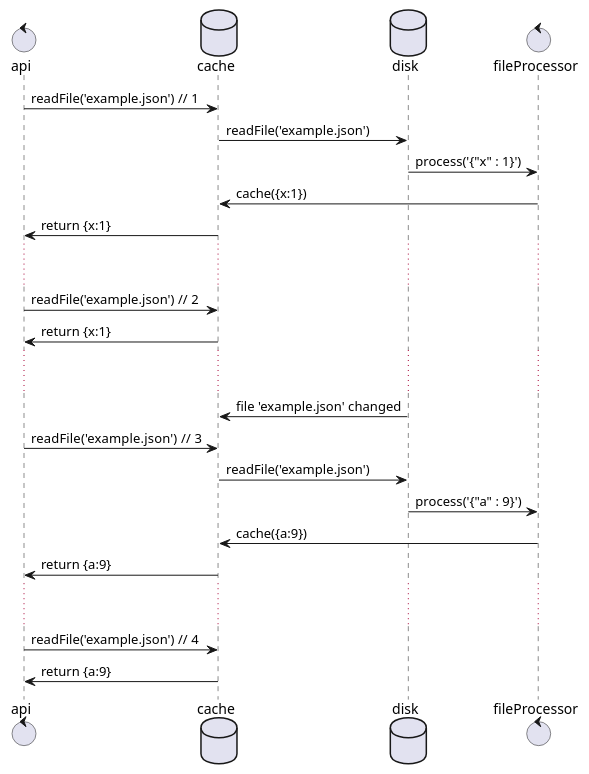
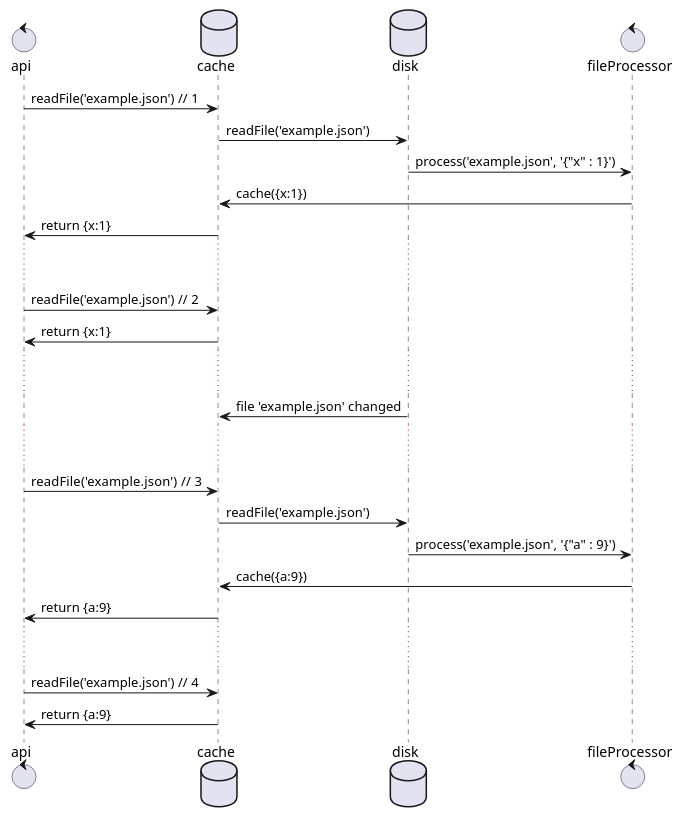
The diagram in flow.puml (jantimon/hot-file-cache), drawn with PlantUML before and after one commit. The commit also changed 2 other files, not shown here.

```diff
--- a/flow.puml
+++ b/flow.puml
@@ -1,31 +1,32 @@
 @startuml
 ' See docs http://plantuml.com/sequence.html
 '
 ' generate png:
 ' npm run puml
 
 control api
 database cache
 database disk
 control fileProcessor
 
 api -> cache : readFile('example.json') // 1
 cache -> disk : readFile('example.json')
-disk -> fileProcessor : process('{"x" : 1}')
+disk -> fileProcessor : process('example.json', '{"x" : 1}')
 fileProcessor -> cache : cache({x:1})
 cache -> api: return {x:1}
 ... ... 
 api -> cache : readFile('example.json') // 2
 cache -> api: return {x:1}
 ... ... 
 disk -> cache : file 'example.json' changed
+... ... 
 api -> cache : readFile('example.json')  // 3
 cache -> disk : readFile('example.json')
-disk -> fileProcessor : process('{"a" : 9}')
+disk -> fileProcessor : process('example.json', '{"a" : 9}')
 fileProcessor -> cache : cache({a:9}) 
 cache -> api: return {a:9}
 ... ... 
 api -> cache : readFile('example.json') // 4
 cache -> api: return {a:9}
 
 @enduml
```
